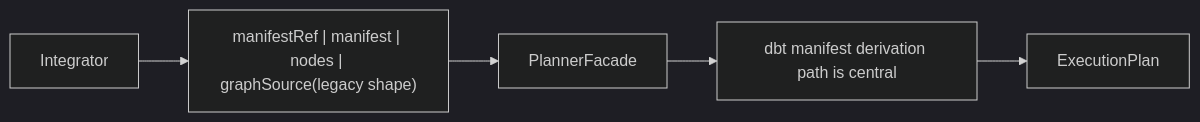
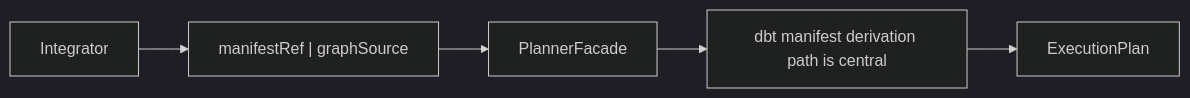
One commit to dunay2/dvt changed the second of 3 diagrams in docs/guides/generic-graph-source-user-manual-20260404.md. Above: the diagram before and after it, drawn with Mermaid (dark theme). The commit also changed other lines of this file and 50 other files, not shown here.

````diff
--- a/docs/guides/generic-graph-source-user-manual-20260404.md
+++ b/docs/guides/generic-graph-source-user-manual-20260404.md
@@ -77,7 +68,7 @@
 ```mermaid
 flowchart LR
-  Caller["Integrator"] --> Inputs["manifestRef | manifest | nodes | graphSource(legacy shape)"]
+  Caller["Integrator"] --> Inputs["manifestRef | graphSource"]
   Inputs --> Facade["PlannerFacade"]
   Facade --> DbtPath["dbt manifest derivation path is central"]
   DbtPath --> Plan["ExecutionPlan"]
 ```
````
